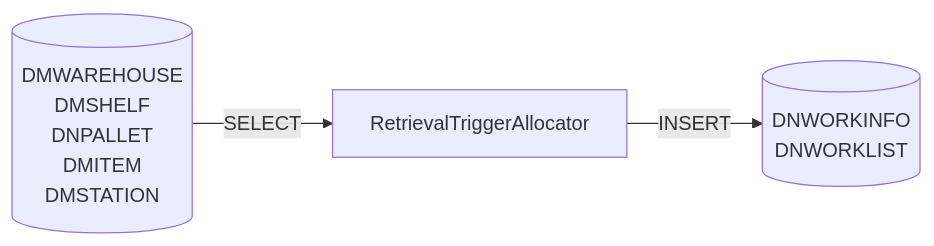
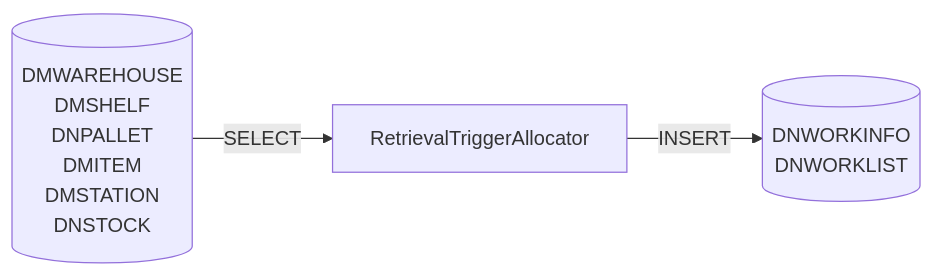
Before and after one commit to luthfiadityaa/SimeDarby-Wiki: the sixth of 12 diagrams in Basic-Design/DFD-WMS/Retrieval/Stacked-Empty-Pallet.md, drawn with Mermaid.

Commit message:
Updated Stacked Empty Pallet

```diff
--- a/Basic-Design/DFD-WMS/Retrieval/Stacked-Empty-Pallet.md
+++ b/Basic-Design/DFD-WMS/Retrieval/Stacked-Empty-Pallet.md
@@ -166,24 +166,25 @@
 ::: mermaid
 flowchart LR    
 
     tableList-insert[("
         DNWORKINFO
         DNWORKLIST
     ")]
 
      tableList-select[("
         DMWAREHOUSE
         DMSHELF
         DNPALLET
         DMITEM
         DMSTATION
+DNSTOCK
     ")]
 
     className[RetrievalTriggerAllocator]
 
     className --> |INSERT| tableList-insert
     tableList-select --> |SELECT| className
 
     classDef leftAlign text-align:left;
     class input leftAlign;
 :::
```
